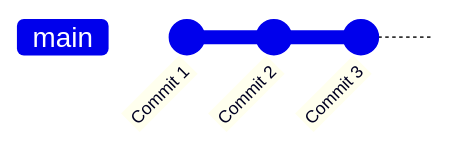
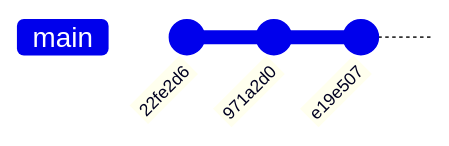
Before and after one commit to crosleyzack/docs: the first of 5 diagrams in git.md, drawn with Mermaid. The commit also changed other lines of this file, not shown here.

````diff
--- a/git.md
+++ b/git.md
@@ -96,6 +96,6 @@
 ```mermaid
     gitGraph
-       commit id: "Commit 1"
-       commit id: "Commit 2"
-       commit id: "Commit 3"
+       commit id: "22fe2d6"
+       commit id: "971a2d0"
+       commit id: "e19e507"
 ```
````
